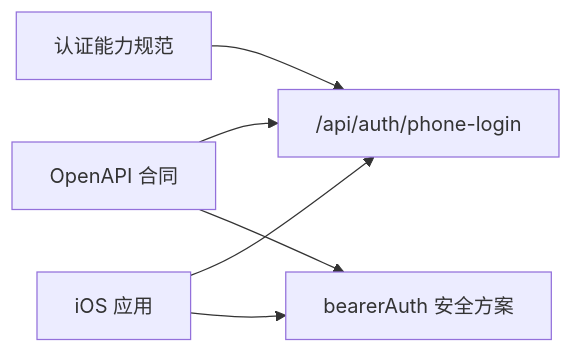
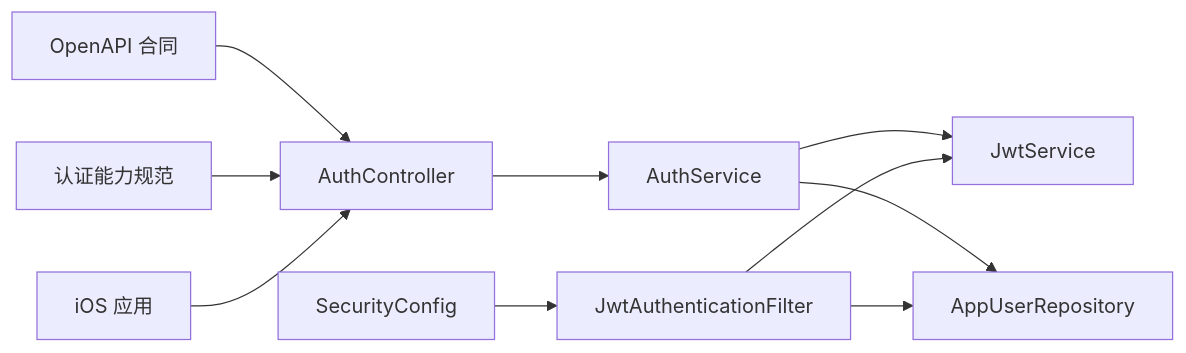
One commit to Jayden23018/blind-run-ios changed the sixth of 6 diagrams in .qoder/repowiki/zh/content/API 接口文档/认证接口.md. Above: the diagram before and after it, drawn with Mermaid. The commit also changed other lines of this file and 22 other files, not shown here.

````diff
--- a/.qoder/repowiki/zh/content/API 接口文档/认证接口.md
+++ b/.qoder/repowiki/zh/content/API 接口文档/认证接口.md
@@ -257,8 +352,12 @@
 ```mermaid
 graph LR
-OAS["OpenAPI 合同"] --> AUTH_PATH["/api/auth/phone-login"]
-OAS --> BEARER["bearerAuth 安全方案"]
-SPEC["认证能力规范"] --> AUTH_PATH
-APP["iOS 应用"] --> AUTH_PATH
-APP --> BEARER
+AUTH_CTRL["AuthController"] --> AUTH_SRV["AuthService"]
+AUTH_SRV --> JWT_SRV["JwtService"]
+AUTH_SRV --> USER_REPO["AppUserRepository"]
+JWT_FILTER["JwtAuthenticationFilter"] --> JWT_SRV
+JWT_FILTER --> USER_REPO
+SECURITY_CFG["SecurityConfig"] --> JWT_FILTER
+OAS["OpenAPI 合同"] --> AUTH_CTRL
+SPEC["认证能力规范"] --> AUTH_CTRL
+APP["iOS 应用"] --> AUTH_CTRL
 ```
````
